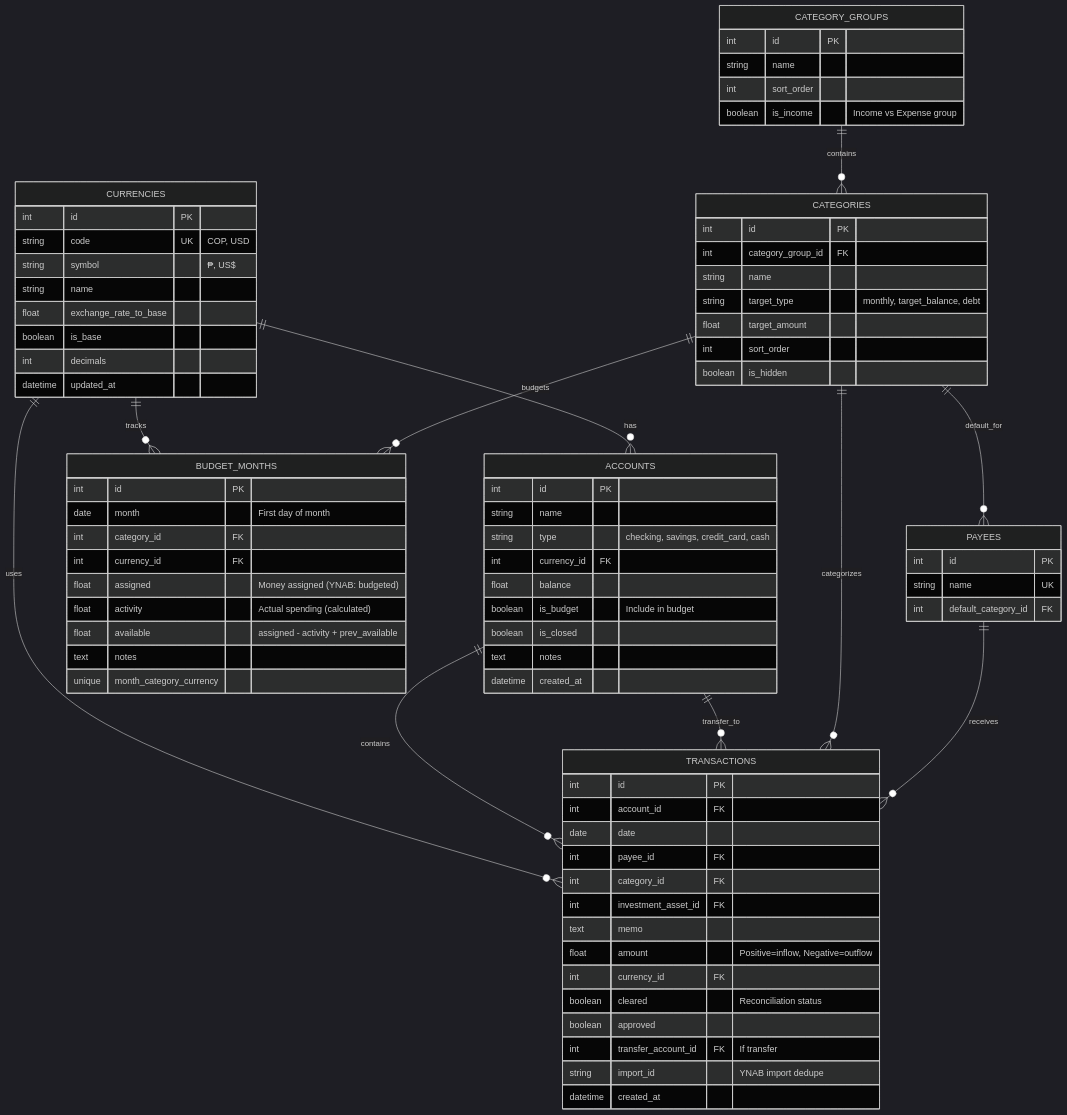
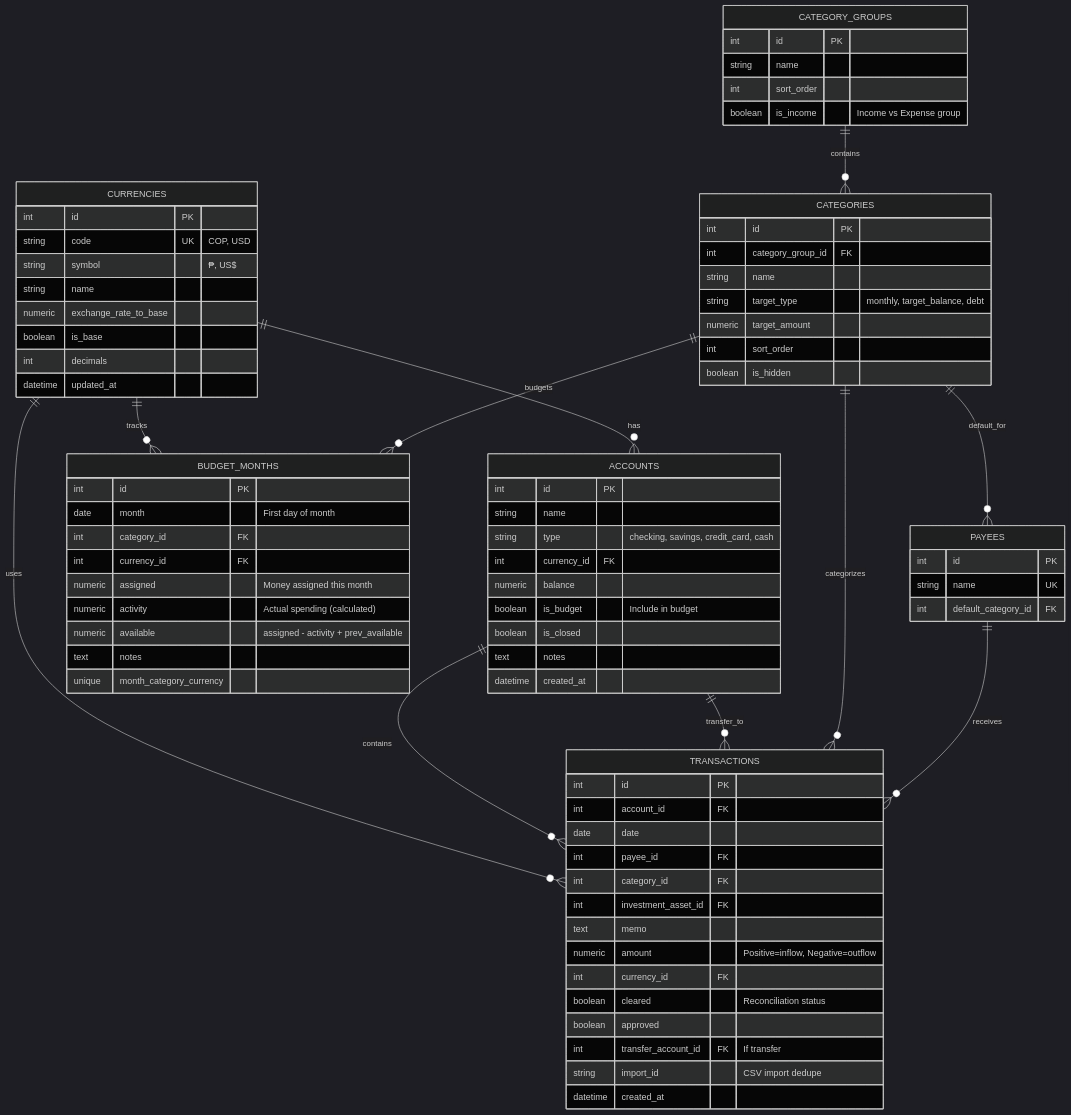
The diagram in docs/DATABASE_SCHEMA.md (oscarems/personal_finances), drawn with Mermaid (dark theme) before and after one commit. The commit also changed other lines of this file and 39 other files, not shown here.

```diff
--- a/docs/DATABASE_SCHEMA.md
+++ b/docs/DATABASE_SCHEMA.md
@@ -24,7 +24,7 @@
         string code UK "COP, USD"
         string symbol "₱, US$"
         string name
-        float exchange_rate_to_base
+        numeric exchange_rate_to_base
         boolean is_base
         int decimals
         datetime updated_at
@@ -35,7 +35,7 @@
         string name
         string type "checking, savings, credit_card, cash"
         int currency_id FK
-        float balance
+        numeric balance
         boolean is_budget "Include in budget"
         boolean is_closed
         text notes
@@ -54,7 +54,7 @@
         int category_group_id FK
         string name
         string target_type "monthly, target_balance, debt"
-        float target_amount
+        numeric target_amount
         int sort_order
         boolean is_hidden
     }
@@ -73,12 +73,12 @@
         int category_id FK
         int investment_asset_id FK
         text memo
-        float amount "Positive=inflow, Negative=outflow"
+        numeric amount "Positive=inflow, Negative=outflow"
         int currency_id FK
         boolean cleared "Reconciliation status"
         boolean approved
         int transfer_account_id FK "If transfer"
-        string import_id "YNAB import dedupe"
+        string import_id "CSV import dedupe"
         datetime created_at
     }
 
@@ -87,9 +87,9 @@
         date month "First day of month"
         int category_id FK
         int currency_id FK
-        float assigned "Money assigned (YNAB: budgeted)"
-        float activity "Actual spending (calculated)"
-        float available "assigned - activity + prev_available"
+        numeric assigned "Money assigned this month"
+        numeric activity "Actual spending (calculated)"
+        numeric available "assigned - activity + prev_available"
         text notes
         unique month_category_currency
     }
```
